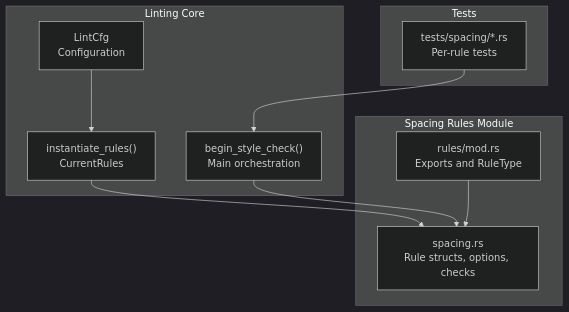
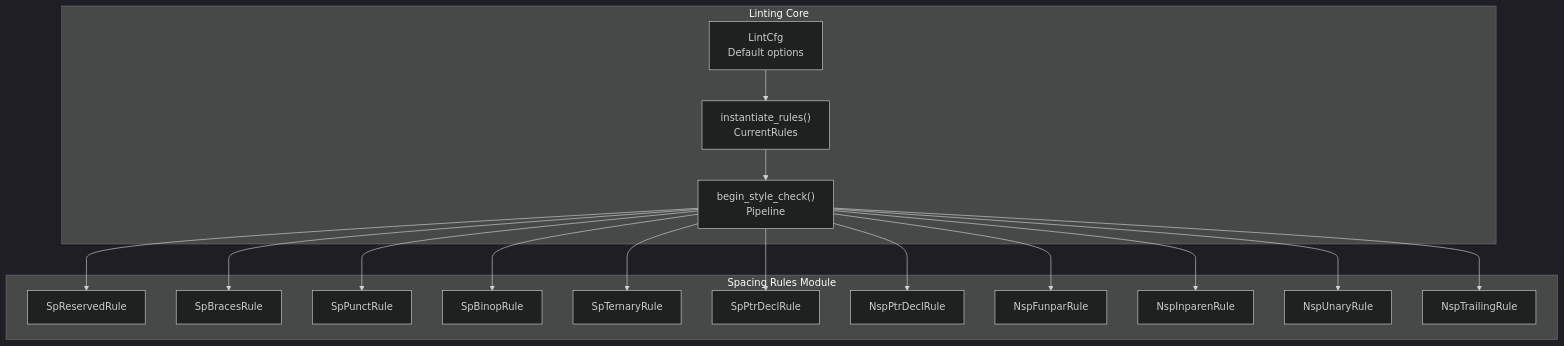
The first of 3 diagrams in .qoder/repowiki/en/content/Linting System/Spacing Rules.md (fenghaitao/dml-language-server), drawn with Mermaid (dark theme) before and after one commit. The commit also changed other lines of this file and 119 other files, not shown here.

````diff
--- a/.qoder/repowiki/en/content/Linting System/Spacing Rules.md
+++ b/.qoder/repowiki/en/content/Linting System/Spacing Rules.md
@@ -45,20 +34,34 @@
 ```mermaid
 graph TB
 subgraph "Linting Core"
-LINTCFG["LintCfg<br/>Configuration"]
+CFG["LintCfg<br/>Default options"]
 INST["instantiate_rules()<br/>CurrentRules"]
-BEGIN["begin_style_check()<br/>Main orchestration"]
+PIPE["begin_style_check()<br/>Pipeline"]
 end
 subgraph "Spacing Rules Module"
-SPACING_RS["spacing.rs<br/>Rule structs, options, checks"]
-RULES_MOD["rules/mod.rs<br/>Exports and RuleType"]
+SR["SpReservedRule"]
+SB["SpBracesRule"]
+SP["SpPunctRule"]
+SBO["SpBinopRule"]
+ST["SpTernaryRule"]
+SPD["SpPtrDeclRule"]
+NSPD["NspPtrDeclRule"]
+NF["NspFunparRule"]
+NIP["NspInparenRule"]
+NU["NspUnaryRule"]
+NT["NspTrailingRule"]
 end
-subgraph "Tests"
-TESTS_SP["tests/spacing/*.rs<br/>Per-rule tests"]
-end
-LINTCFG --> INST
-INST --> SPACING_RS
-BEGIN --> SPACING_RS
-RULES_MOD --> SPACING_RS
-TESTS_SP --> BEGIN
+CFG --> INST
+INST --> PIPE
+PIPE --> SR
+PIPE --> SB
+PIPE --> SP
+PIPE --> SBO
+PIPE --> ST
+PIPE --> SPD
+PIPE --> NSPD
+PIPE --> NF
+PIPE --> NIP
+PIPE --> NU
+PIPE --> NT
 ```
````
